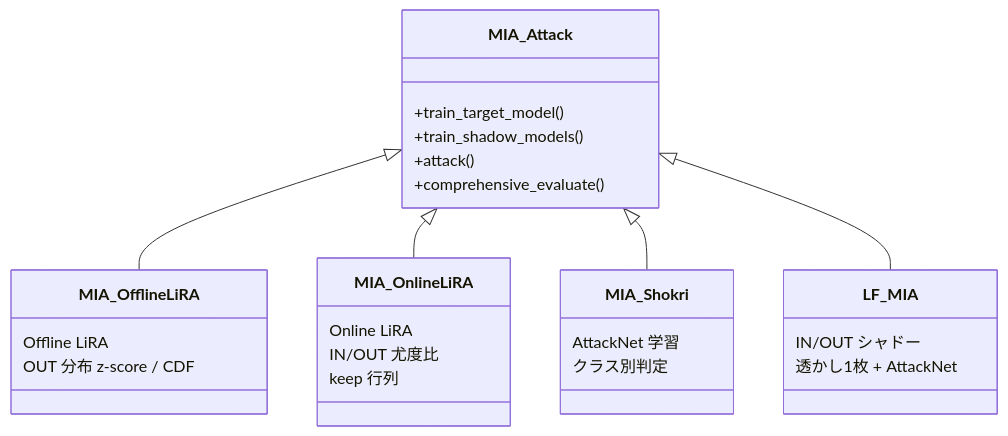
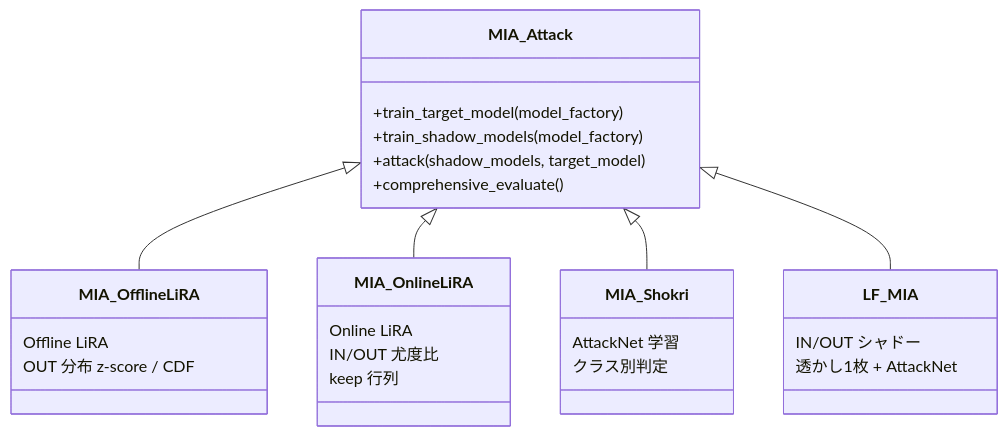
One commit to GoldenPoisonedApple/MIAOS changed diagram 11 of 14 in worker/docs/SPECIFICATION.md. Above: the diagram before and after it, drawn with Mermaid. The commit also changed other lines of this file, not shown here.

````diff
--- a/worker/docs/SPECIFICATION.md
+++ b/worker/docs/SPECIFICATION.md
@@ -385,30 +396,30 @@
 ```mermaid
 classDiagram
     class MIA_Attack {
-        +train_target_model()
-        +train_shadow_models()
-        +attack()
+        +train_target_model(model_factory)
+        +train_shadow_models(model_factory)
+        +attack(shadow_models, target_model)
         +comprehensive_evaluate()
     }
     class MIA_OfflineLiRA {
         Offline LiRA
         OUT 分布 z-score / CDF
     }
     class MIA_OnlineLiRA {
         Online LiRA
         IN/OUT 尤度比
         keep 行列
     }
     class MIA_Shokri {
         AttackNet 学習
         クラス別判定
     }
     class LF_MIA {
         IN/OUT シャドー
         透かし1枚 + AttackNet
     }
     MIA_Attack <|-- MIA_OfflineLiRA
     MIA_Attack <|-- MIA_OnlineLiRA
     MIA_Attack <|-- MIA_Shokri
     MIA_Attack <|-- LF_MIA
 ```
````
